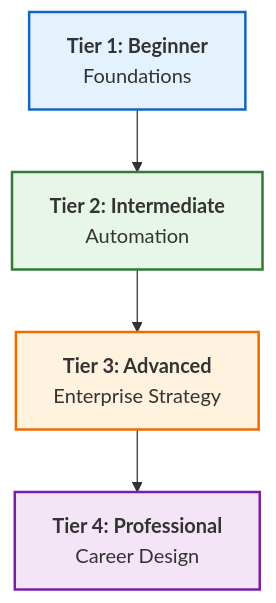
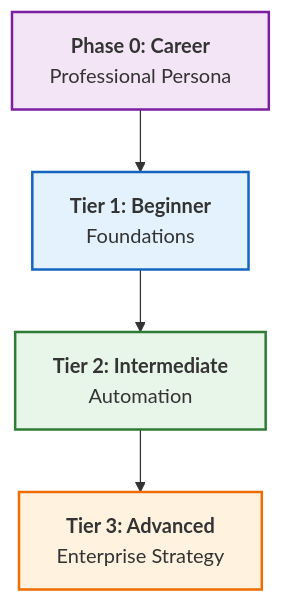
The diagram in readme.md (Ganil151/Devops), drawn with Mermaid before and after one commit. The commit also changed other lines of this file, not shown here.

Commit message:
docs(Devops): Update readme.md
Changes summary:
- Modified: 1 files
  • readme.md

````diff
--- a/readme.md
+++ b/readme.md
@@ -26,12 +26,12 @@
 ```mermaid
 graph TD
     classDef default fill:#f9f9f9,stroke:#333,stroke-width:2px;
     classDef beginner fill:#e3f2fd,stroke:#1565c0;
     classDef inter fill:#e8f5e9,stroke:#2e7d32;
     classDef adv fill:#fff3e0,stroke:#ef6c00;
     classDef pro fill:#f3e5f5,stroke:#7b1fa2;
 
-    B[<b>Tier 1: Beginner</b><br/>Foundations]:::beginner --> I[<b>Tier 2: Intermediate</b><br/>Automation]:::inter
+    P0[<b>Phase 0: Career</b><br/>Professional Persona]:::pro --> B[<b>Tier 1: Beginner</b><br/>Foundations]:::beginner
+    B --> I[<b>Tier 2: Intermediate</b><br/>Automation]:::inter
     I --> A[<b>Tier 3: Advanced</b><br/>Enterprise Strategy]:::adv
-    A --> P[<b>Tier 4: Professional</b><br/>Career Design]:::pro
 ```
````
